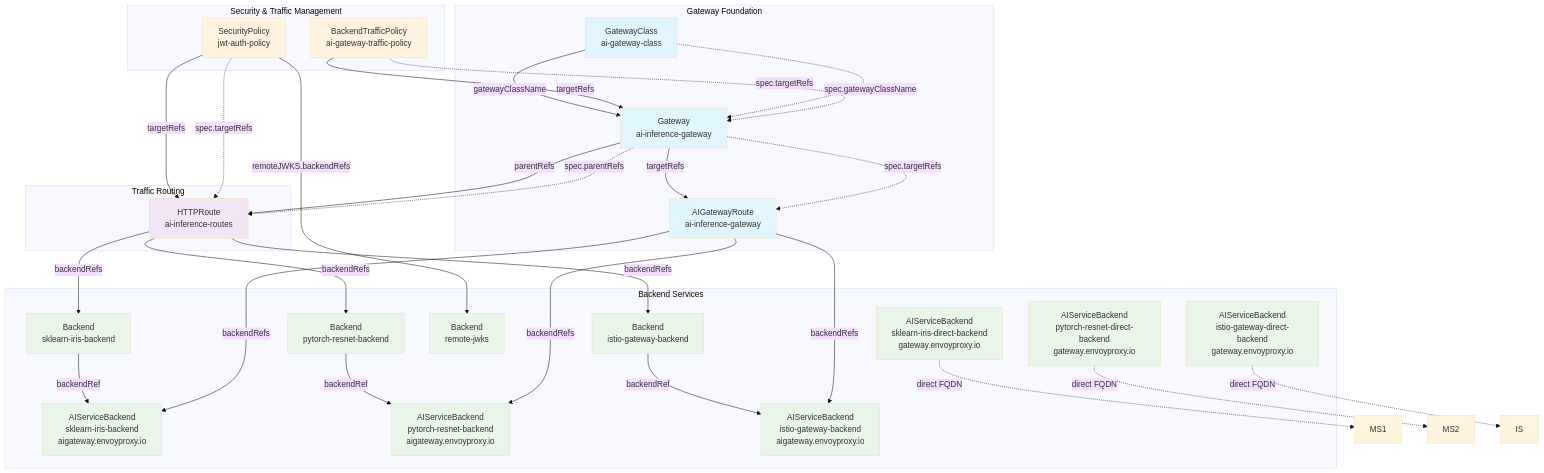
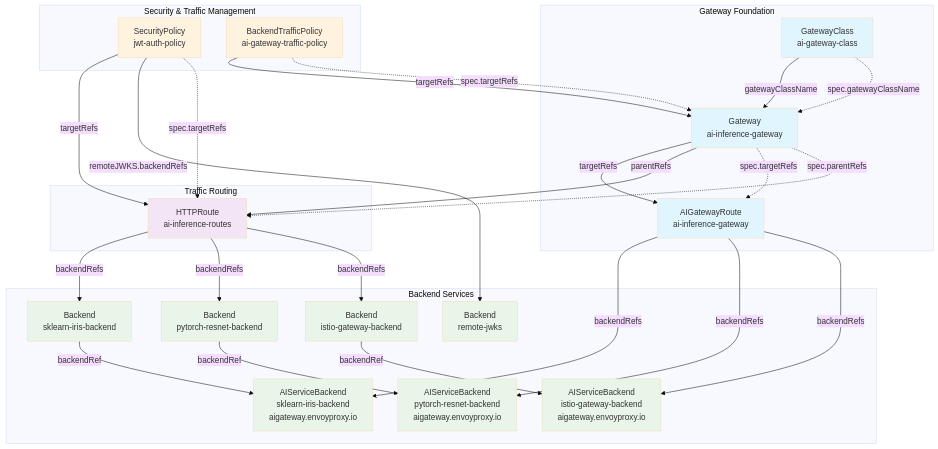
The third of 5 diagrams in configs/envoy-gateway/README.md (smarunich/inference-in-a-box), drawn with Mermaid (base theme) before and after one commit. The commit also changed other lines of this file and 1 other file, not shown here.

First line of the commit message:
Remove legacy direct AI service backends

````diff
--- a/configs/envoy-gateway/README.md
+++ b/configs/envoy-gateway/README.md
@@ -121,82 +121,73 @@
 ```mermaid
 graph TB
     subgraph "Gateway Foundation" [Gateway Foundation]
         GC[GatewayClass<br/>ai-gateway-class]
         G[Gateway<br/>ai-inference-gateway]
         AGR[AIGatewayRoute<br/>ai-inference-gateway]
     end
     
     subgraph "Backend Definitions" [Backend Services]
         B1[Backend<br/>sklearn-iris-backend]
         B2[Backend<br/>pytorch-resnet-backend]
         B3[Backend<br/>istio-gateway-backend]
         B4[Backend<br/>remote-jwks]
         
         ASB1[AIServiceBackend<br/>sklearn-iris-backend<br/>aigateway.envoyproxy.io]
         ASB2[AIServiceBackend<br/>pytorch-resnet-backend<br/>aigateway.envoyproxy.io]
         ASB3[AIServiceBackend<br/>istio-gateway-backend<br/>aigateway.envoyproxy.io]
-        
-        DASB1[AIServiceBackend<br/>sklearn-iris-direct-backend<br/>gateway.envoyproxy.io]
-        DASB2[AIServiceBackend<br/>pytorch-resnet-direct-backend<br/>gateway.envoyproxy.io]
-        DASB3[AIServiceBackend<br/>istio-gateway-direct-backend<br/>gateway.envoyproxy.io]
     end
     
     subgraph "Security & Policies" [Security & Traffic Management]
         SP[SecurityPolicy<br/>jwt-auth-policy]
         BTP[BackendTrafficPolicy<br/>ai-gateway-traffic-policy]
     end
     
     subgraph "Routing Configuration" [Traffic Routing]
         HR[HTTPRoute<br/>ai-inference-routes]
     end
     
     %% Gateway Foundation Relationships
     GC -->|gatewayClassName| G
     G -->|targetRefs| AGR
     G -->|parentRefs| HR
     
     %% Backend Relationships
     B1 -->|backendRef| ASB1
     B2 -->|backendRef| ASB2
     B3 -->|backendRef| ASB3
-    
-    %% Direct Backend Relationships (standalone)
-    DASB1 -.->|direct FQDN| MS1
-    DASB2 -.->|direct FQDN| MS2
-    DASB3 -.->|direct FQDN| IS
     
     %% Security Policy Relationships
     SP -->|targetRefs| HR
     SP -->|remoteJWKS.backendRefs| B4
     
     %% Traffic Policy Relationships
     BTP -->|targetRefs| G
     
     %% Routing Relationships
     HR -->|backendRefs| B1
     HR -->|backendRefs| B2
     HR -->|backendRefs| B3
     
     %% AI Gateway Route Relationships
     AGR -->|backendRefs| ASB1
     AGR -->|backendRefs| ASB2
     AGR -->|backendRefs| ASB3
     
     %% Reference Labels
     GC -.->|"spec.gatewayClassName"| G
     G -.->|"spec.targetRefs"| AGR
     G -.->|"spec.parentRefs"| HR
     SP -.->|"spec.targetRefs"| HR
     BTP -.->|"spec.targetRefs"| G
     
     %% Styling
     classDef gateway fill:#e1f5fe
     classDef backend fill:#e8f5e8
     classDef security fill:#fff3e0
     classDef routing fill:#f3e5f5
     
     class GC,G,AGR gateway
-    class B1,B2,B3,B4,ASB1,ASB2,ASB3,DASB1,DASB2,DASB3 backend
+    class B1,B2,B3,B4,ASB1,ASB2,ASB3 backend
     class SP,BTP security
     class HR routing
 ```
````
